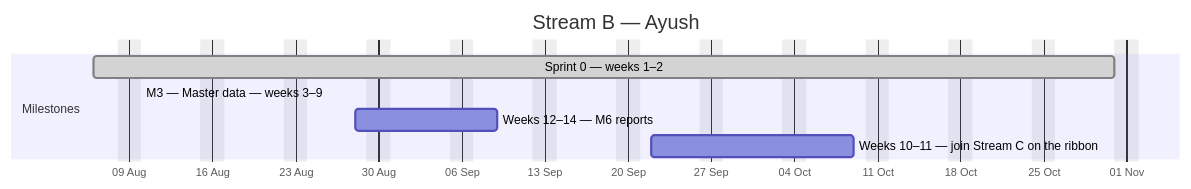
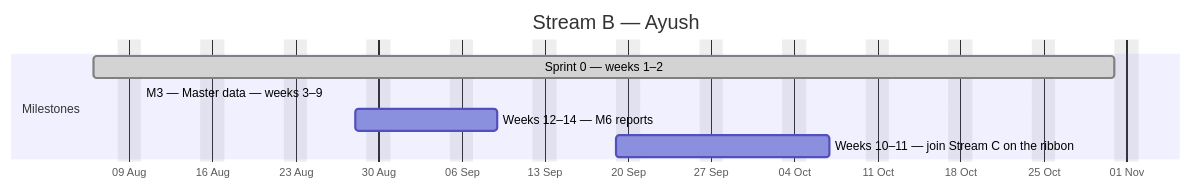
One commit to debashisedunext/EduTrack changed the second of 4 diagrams in docs/plan/GANTT.md. Above: the diagram before and after it, drawn with Mermaid. The commit also changed other lines of this file and 3 other files, not shown here.

````diff
--- a/docs/plan/GANTT.md
+++ b/docs/plan/GANTT.md
@@ -127,12 +127,12 @@
 ```mermaid
 gantt
     dateFormat YYYY-MM-DD
     axisFormat %d %b
     title Stream B — Ayush
     excludes weekends
     section Milestones
     Sprint 0 — weeks 1–2 :done, b0, 2026-08-06, 62d
-    M3 — Master data — weeks 3–9 :active, b1, 2026-08-10, -20d
+    M3 — Master data — weeks 3–9 :active, b1, 2026-08-10, -21d
     Weeks 12–14 — M6 reports :b2, 2026-08-28, 8d
-    Weeks 10–11 — join Stream C on the ribbon :b3, 2026-09-22, 13d
+    Weeks 10–11 — join Stream C on the ribbon :b3, 2026-09-19, 13d
 ```
````
